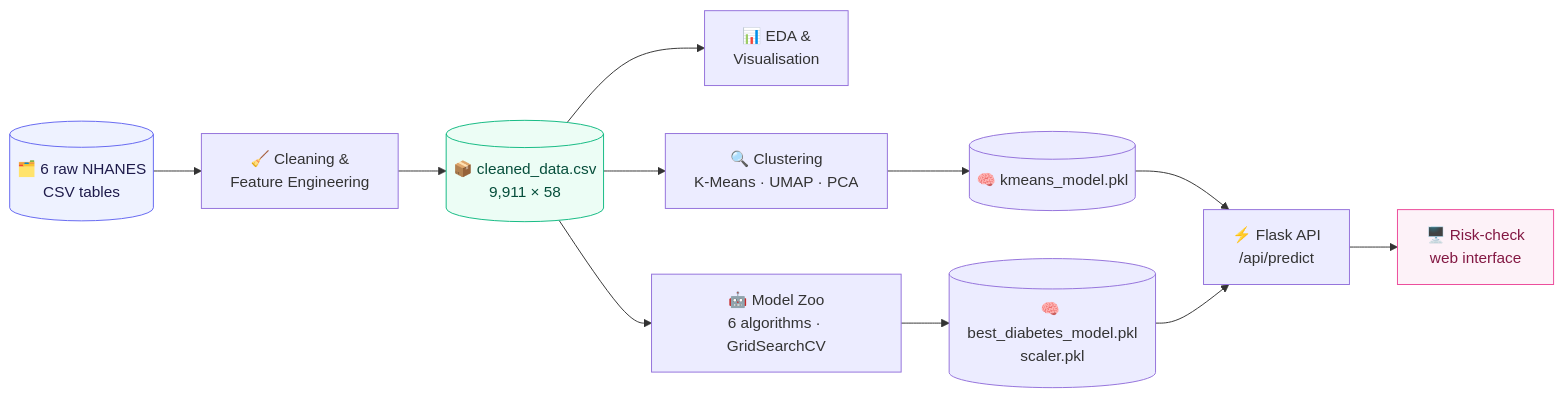
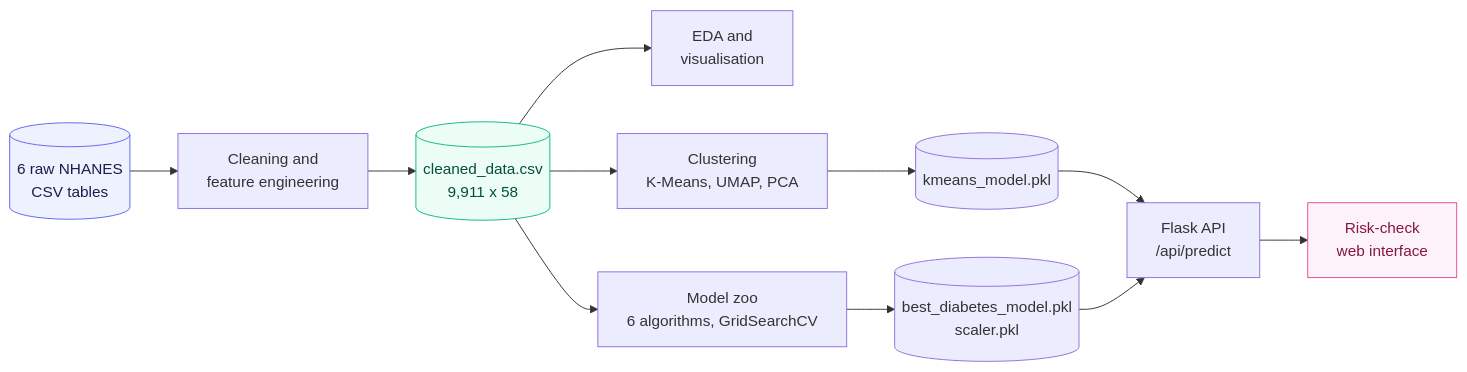
One commit to ali-119/LatentHealth changed the first of 2 diagrams in README.md. Above: the diagram before and after it, drawn with Mermaid. The commit also changed other lines of this file, not shown here.

````diff
--- a/README.md
+++ b/README.md
@@ -54,17 +105,17 @@
 ```mermaid
 flowchart LR
-    A[("🗂️ 6 raw NHANES<br/>CSV tables")] --> B["🧹 Cleaning &<br/>Feature Engineering"]
-    B --> C[("📦 cleaned_data.csv<br/>9,911 × 58")]
-    C --> D["📊 EDA &<br/>Visualisation"]
-    C --> E["🔍 Clustering<br/>K-Means · UMAP · PCA"]
-    C --> F["🤖 Model Zoo<br/>6 algorithms · GridSearchCV"]
-    E --> G[("🧠 kmeans_model.pkl")]
-    F --> H[("🧠 best_diabetes_model.pkl<br/>scaler.pkl")]
-    G --> I["⚡ Flask API<br/>/api/predict"]
+    A[(6 raw NHANES<br/>CSV tables)] --> B[Cleaning and<br/>feature engineering]
+    B --> C[(cleaned_data.csv<br/>9,911 x 58)]
+    C --> D[EDA and<br/>visualisation]
+    C --> E[Clustering<br/>K-Means, UMAP, PCA]
+    C --> F[Model zoo<br/>6 algorithms, GridSearchCV]
+    E --> G[(kmeans_model.pkl)]
+    F --> H[(best_diabetes_model.pkl<br/>scaler.pkl)]
+    G --> I[Flask API<br/>/api/predict]
     H --> I
-    I --> J["🖥️ Risk-check<br/>web interface"]
+    I --> J[Risk-check<br/>web interface]
 
     style A fill:#EEF2FF,stroke:#6366F1,color:#1e1b4b
     style C fill:#ECFDF5,stroke:#10B981,color:#064e3b
     style J fill:#FDF2F8,stroke:#EC4899,color:#831843
 ```
````
